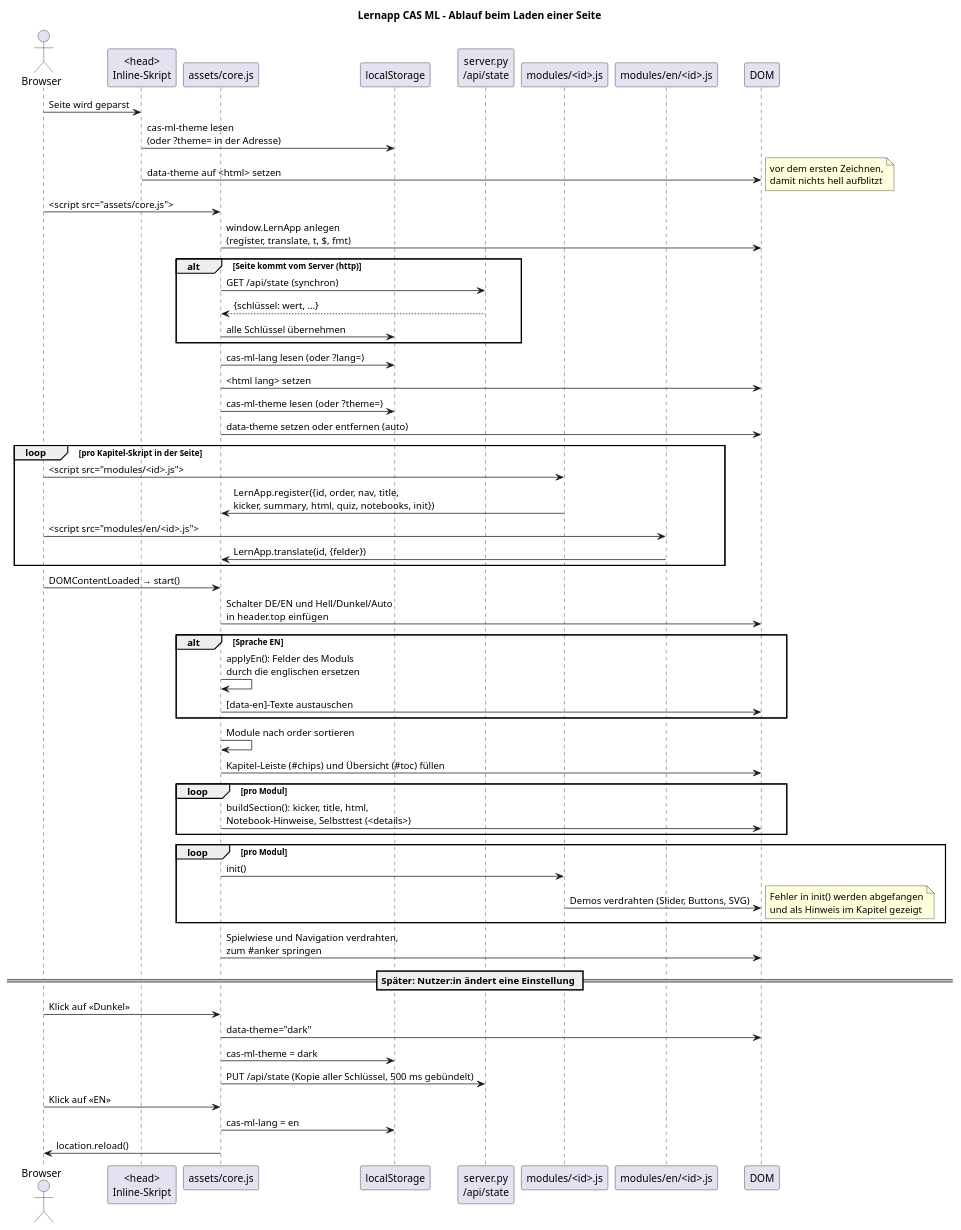
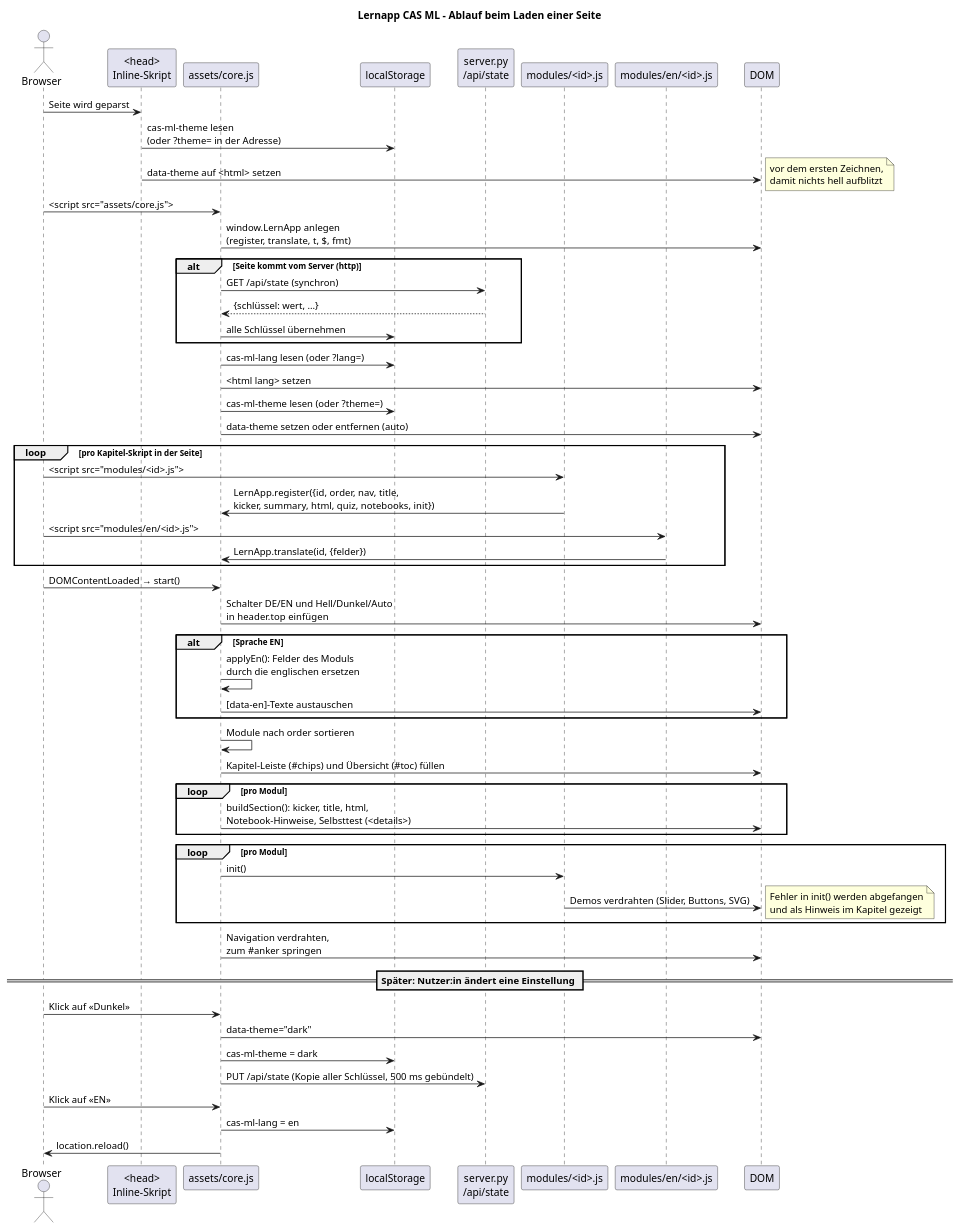
One commit to rotscher-baumi/lernapp-cas-ml changed the diagram in docs/page-load-sequence.puml. Above: the diagram before and after it, drawn with PlantUML. The commit also changed 7 other files, not shown here.

```diff
--- a/docs/page-load-sequence.puml
+++ b/docs/page-load-sequence.puml
@@ -1,66 +1,66 @@
 @startuml page-load-sequence
 ' Ablauf beim Laden einer Seite: vom ersten Skript bis zu den fertigen Kapiteln.
 ' Stand 2026-11-01.
 title Lernapp CAS ML – Ablauf beim Laden einer Seite
 
 actor "Browser" as b
 participant "<head>\nInline-Skript" as head
 participant "assets/core.js" as core
 participant "localStorage" as ls
 participant "server.py\n/api/state" as srv
 participant "modules/<id>.js" as mod
 participant "modules/en/<id>.js" as en
 participant "DOM" as dom
 
 b -> head : Seite wird geparst
 head -> ls : cas-ml-theme lesen\n(oder ?theme= in der Adresse)
 head -> dom : data-theme auf <html> setzen
 note right : vor dem ersten Zeichnen,\ndamit nichts hell aufblitzt
 
 b -> core : <script src="assets/core.js">
 core -> dom : window.LernApp anlegen\n(register, translate, t, $, fmt)
 alt Seite kommt vom Server (http)
   core -> srv : GET /api/state (synchron)
   srv --> core : {schlüssel: wert, ...}
   core -> ls : alle Schlüssel übernehmen
 end
 core -> ls : cas-ml-lang lesen (oder ?lang=)
 core -> dom : <html lang> setzen
 core -> ls : cas-ml-theme lesen (oder ?theme=)
 core -> dom : data-theme setzen oder entfernen (auto)
 
 loop pro Kapitel-Skript in der Seite
   b -> mod : <script src="modules/<id>.js">
   mod -> core : LernApp.register({id, order, nav, title,\nkicker, summary, html, quiz, notebooks, init})
   b -> en : <script src="modules/en/<id>.js">
   en -> core : LernApp.translate(id, {felder})
 end
 
 b -> core : DOMContentLoaded → start()
 core -> dom : Schalter DE/EN und Hell/Dunkel/Auto\nin header.top einfügen
 alt Sprache EN
   core -> core : applyEn(): Felder des Moduls\ndurch die englischen ersetzen
   core -> dom : [data-en]-Texte austauschen
 end
 core -> core : Module nach order sortieren
 core -> dom : Kapitel-Leiste (#chips) und Übersicht (#toc) füllen
 loop pro Modul
   core -> dom : buildSection(): kicker, title, html,\nNotebook-Hinweise, Selbsttest (<details>)
 end
 loop pro Modul
   core -> mod : init()
   mod -> dom : Demos verdrahten (Slider, Buttons, SVG)
   note right : Fehler in init() werden abgefangen\nund als Hinweis im Kapitel gezeigt
 end
-core -> dom : Spielwiese und Navigation verdrahten,\nzum #anker springen
+core -> dom : Navigation verdrahten,\nzum #anker springen
 
 == Später: Nutzer:in ändert eine Einstellung ==
 b -> core : Klick auf «Dunkel»
 core -> dom : data-theme="dark"
 core -> ls : cas-ml-theme = dark
 core -> srv : PUT /api/state (Kopie aller Schlüssel, 500 ms gebündelt)
 b -> core : Klick auf «EN»
 core -> ls : cas-ml-lang = en
 core -> b : location.reload()
 
 @enduml
```
